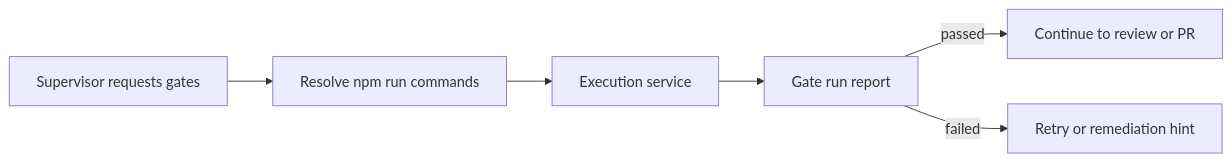
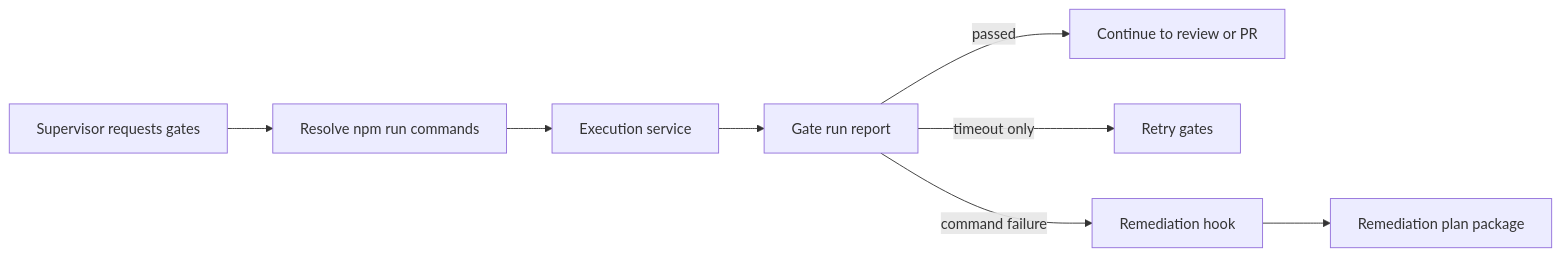
One commit to VannaDii/ironloom changed the diagram in packages/gates/README.md. Above: the diagram before and after it, drawn with Mermaid. The commit also changed other lines of this file and 13 other files, not shown here.

````diff
--- a/packages/gates/README.md
+++ b/packages/gates/README.md
@@ -11,8 +11,10 @@
 ```mermaid
 flowchart LR
   Supervisor[Supervisor requests gates] --> Resolve[Resolve npm run commands]
   Resolve --> Execution[Execution service]
   Execution --> Report[Gate run report]
   Report -->|passed| Continue[Continue to review or PR]
-  Report -->|failed| Action[Retry or remediation hint]
+  Report -->|timeout only| Retry[Retry gates]
+  Report -->|command failure| Hook[Remediation hook]
+  Hook --> Remediation[Remediation plan package]
 ```
````
